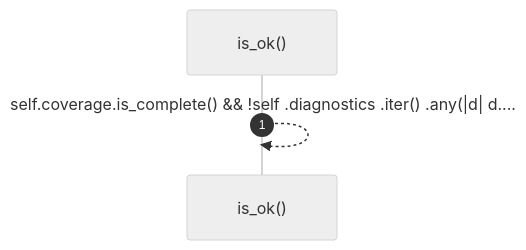
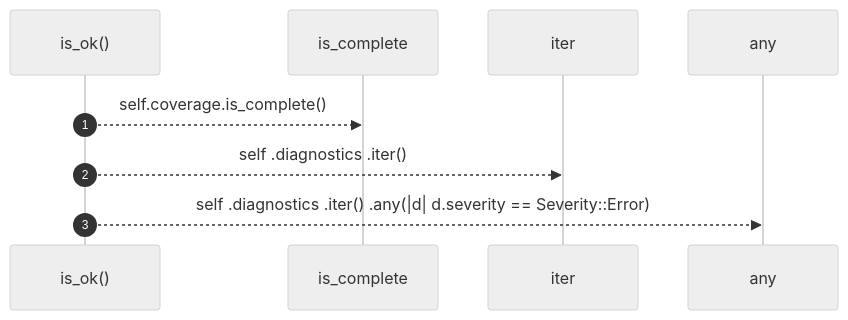
Before and after one commit to RyanGuild/self-describing-code: the first of 2 diagrams in docs/self-model/robby_render/pipeline/impl-loaded.md, drawn with Mermaid (neutral theme). The commit also changed other lines of this file and 1404 other files, not shown here.

````diff
--- a/docs/self-model/robby_render/pipeline/impl-loaded.md
+++ b/docs/self-model/robby_render/pipeline/impl-loaded.md
@@ -57,6 +68,11 @@
 ```mermaid
 sequenceDiagram
     autonumber
     participant is_ok as is_ok()
-    is_ok-->>is_ok: self.coverage.is_complete() && !self .diagnostics .iter() .any(|d| d....
+    participant is_complete as is_complete
+    participant iter as iter
+    participant any as any
+    is_ok-->>is_complete: self.coverage.is_complete()
+    is_ok-->>iter: self .diagnostics .iter()
+    is_ok-->>any: self .diagnostics .iter() .any(|d| d.severity == Severity::Error)
 ```
````
